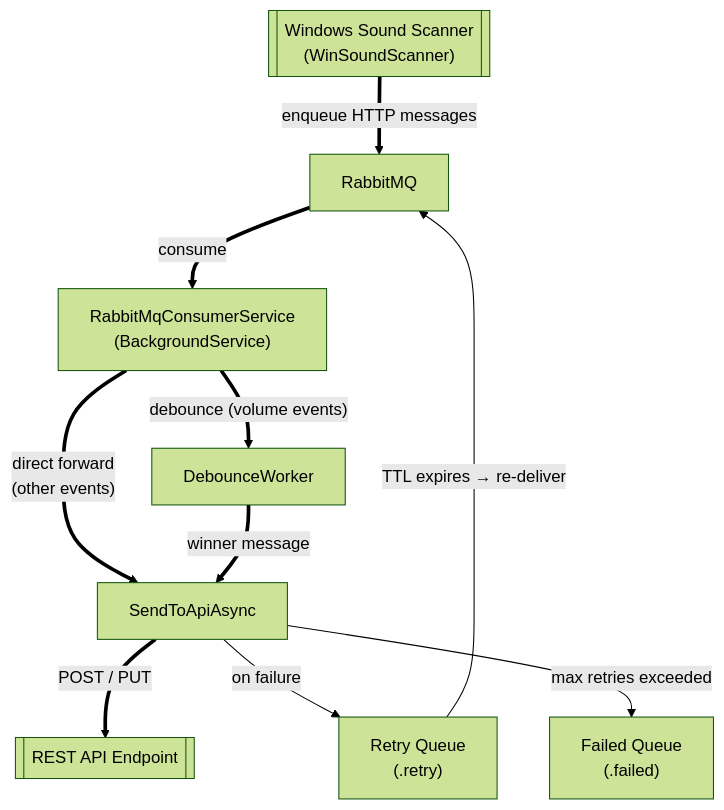
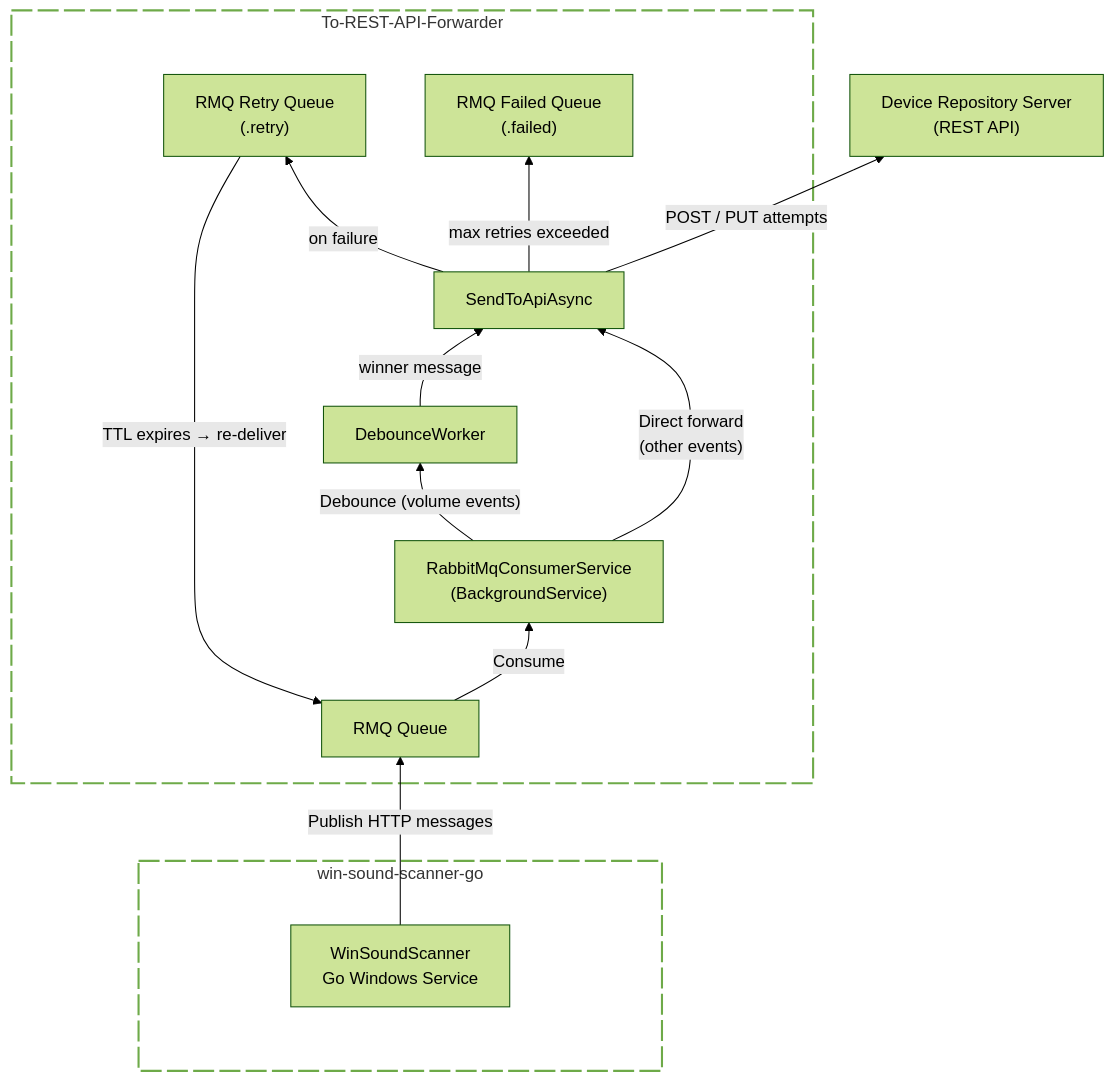
The diagram in README.md (eduarddanziger/rmq-to-rest-api-forwarder), drawn with Mermaid (forest theme) before and after one commit. The commit also changed other lines of this file, not shown here.

Commit message:
Improve README: clarity, flowchart, formatting, links

````diff
--- a/README.md
+++ b/README.md
@@ -15,12 +15,46 @@
 ```mermaid
-flowchart TD
-    A[["Windows Sound Scanner<br>(WinSoundScanner)"]] ==>|"enqueue HTTP messages"| B["RabbitMQ"]
-    B ==>|"consume"| C["RabbitMqConsumerService<br>(BackgroundService)"]
-    C ==>|"debounce (volume events)"| D["DebounceWorker"]
-    C ==>|"direct forward<br>(other events)"| E["SendToApiAsync"]
-    D ==>|"winner message"| E
-    E ==>|"POST / PUT"| F[["REST API Endpoint"]]
-    E -->|"on failure"| G["Retry Queue<br>(.retry)"]
+flowchart BT
+
+classDef invisibleNode fill:transparent,stroke:transparent;
+classDef dottedBox fill:transparent,fill-opacity:0.55, stroke-dasharray:20 5,stroke-width:2px;
+
+subgraph scannerService["win-sound-scanner-go"]
+    invisible1["<br><br><br><br><br>"]
+    class invisible1 invisibleNode
+	A["WinSoundScanner<br>Go Windows Service"]
+    invisible2["<br><br><br><br><br>"]
+    class invisible2 invisibleNode
+end
+class scannerService dottedBox
+
+
+subgraph forwarder["To-REST-API-Forwarder"]
+    invisible3["<br><br><br><br><br>"]
+    class invisible3 invisibleNode
+	B["RMQ Queue"]
+	C["RabbitMqConsumerService<br>(BackgroundService)"]
+	D["DebounceWorker"]
+	E["SendToApiAsync"]
+	G["RMQ Retry Queue<br>(.retry)"]
+	H["RMQ Failed Queue<br>(.failed)"]
+
+    invisible4["<br><br><br><br><br>"]
+    class invisible4 invisibleNode
+end
+class forwarder dottedBox
+
+
+deviceRepositoryApi["Device Repository Server<br>(REST API)"]
+
+    A -->|"Publish HTTP messages"| B
+	B -->|"Consume"| C
+    C -->|"Debounce (volume events)"| D
+	C -->|"Direct forward<br>(other events)"| E
+    D -->|"winner message"| E
+    E -->|"POST / PUT attempts"| deviceRepositoryApi
+
+
+    E -->|"on failure"| G
     G -->|"TTL expires → re-deliver"| B
-    E -->|"max retries exceeded"| H["Failed Queue<br>(.failed)"]
+    E -->|"max retries exceeded"| H
 ```
````
